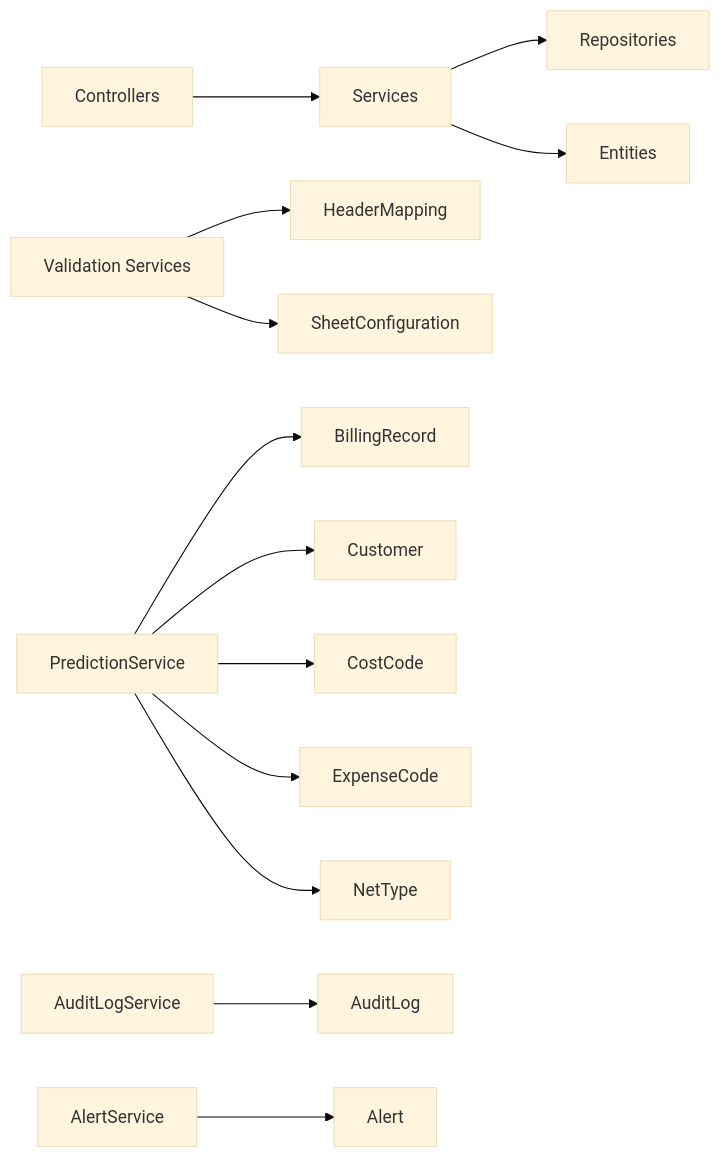
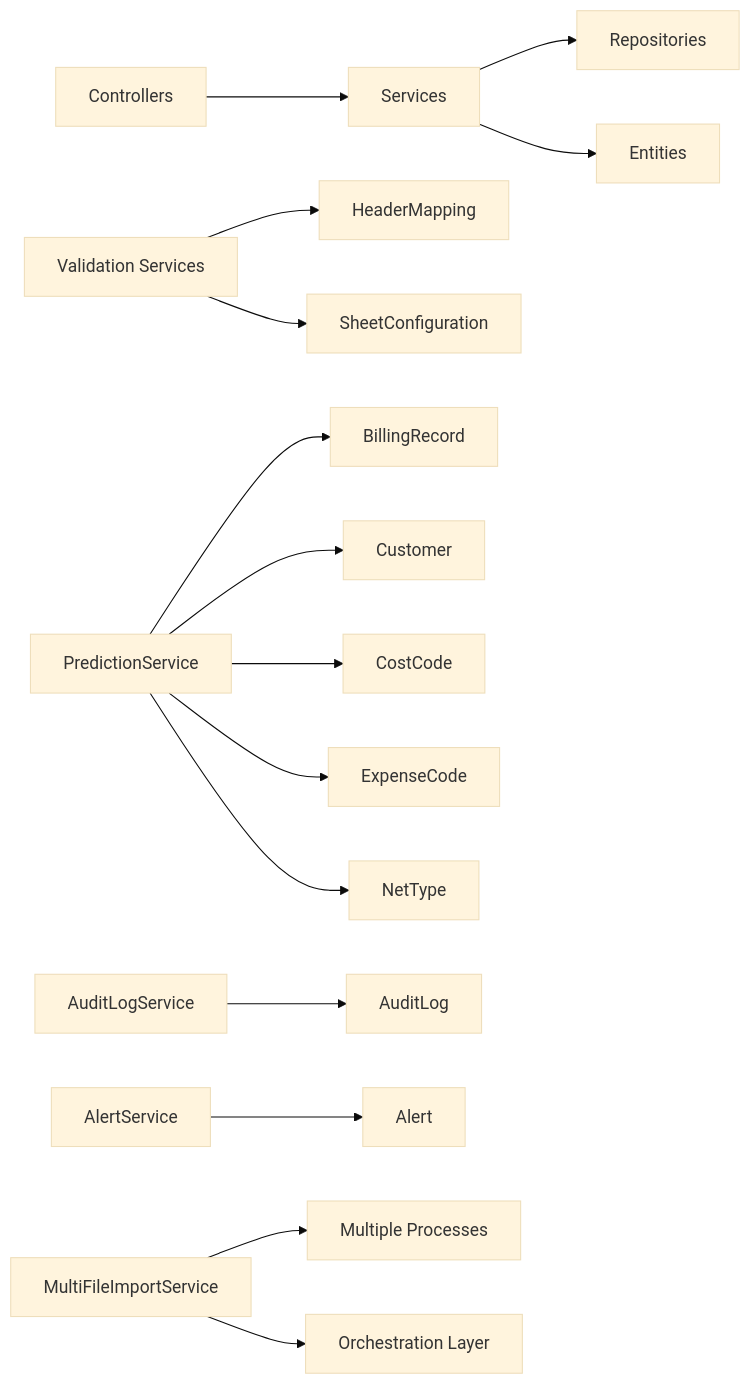
Before and after one commit to janoshan07/ceb_demo_dashboard: the tenth of 10 diagrams in .qoder/repowiki/en/content/Backend Documentation/Business Logic Services/Business Logic Services.md, drawn with Mermaid (base theme). The commit also changed other lines of this file and 27 other files, not shown here.

First line of the commit message:
feat(import): enhance multi-file upload with batch processing and concurrency

````diff
--- a/.qoder/repowiki/en/content/Backend Documentation/Business Logic Services/Business Logic Services.md
+++ b/.qoder/repowiki/en/content/Backend Documentation/Business Logic Services/Business Logic Services.md
@@ -583,15 +600,17 @@
 ```mermaid
 graph LR
 Ctl["Controllers"] --> Svc["Services"]
 Svc --> Repo["Repositories"]
 Svc --> Ent["Entities"]
 Val["Validation Services"] --> Map["HeaderMapping"]
 Val --> Conf["SheetConfiguration"]
 Pred["PredictionService"] --> BR["BillingRecord"]
 Pred --> Cust["Customer"]
 Pred --> CC["CostCode"]
 Pred --> EC["ExpenseCode"]
 Pred --> NT["NetType"]
 Aud["AuditLogService"] --> AL["AuditLog"]
 Alt["AlertService"] --> ALT["Alert"]
+MFI["MultiFileImportService"] --> MP["Multiple Processes"]
+MFI --> Coord["Orchestration Layer"]
 ```
````
